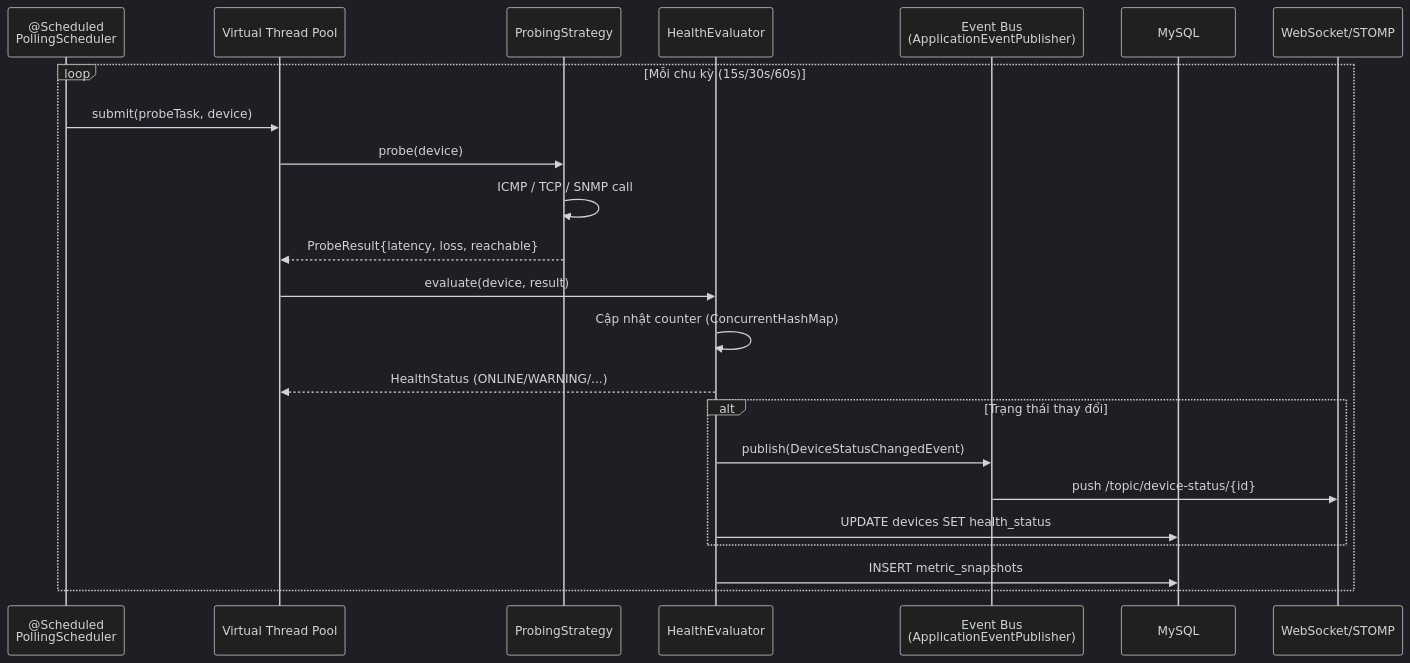
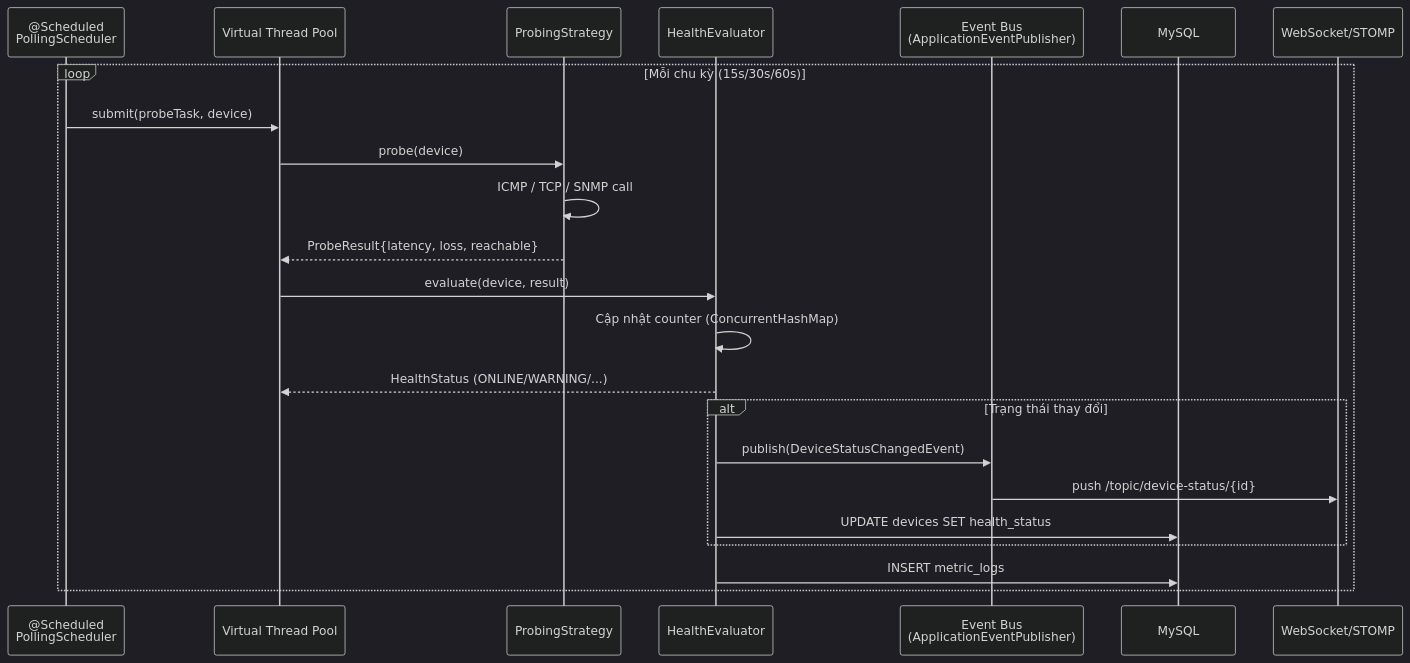
One commit to mrti-dev/network-monitor changed the second of 2 diagrams in rules/system_design.md. Above: the diagram before and after it, drawn with Mermaid (dark theme). The commit also changed other lines of this file and 1 other file, not shown here.

````diff
--- a/rules/system_design.md
+++ b/rules/system_design.md
@@ -125,26 +125,26 @@
 ```mermaid
 sequenceDiagram
     participant S as @Scheduled<br/>PollingScheduler
     participant VT as Virtual Thread Pool
     participant P as ProbingStrategy
     participant E as HealthEvaluator
     participant EB as Event Bus<br/>(ApplicationEventPublisher)
     participant DB as MySQL
     participant WS as WebSocket/STOMP
 
     loop Mỗi chu kỳ (15s/30s/60s)
         S->>VT: submit(probeTask, device)
         VT->>P: probe(device)
         P->>P: ICMP / TCP / SNMP call
         P-->>VT: ProbeResult{latency, loss, reachable}
         VT->>E: evaluate(device, result)
         E->>E: Cập nhật counter (ConcurrentHashMap)
         E-->>VT: HealthStatus (ONLINE/WARNING/...)
         alt Trạng thái thay đổi
             E->>EB: publish(DeviceStatusChangedEvent)
             EB->>WS: push /topic/device-status/{id}
             E->>DB: UPDATE devices SET health_status
         end
-        E->>DB: INSERT metric_snapshots
+        E->>DB: INSERT metric_logs
     end
 ```
````
